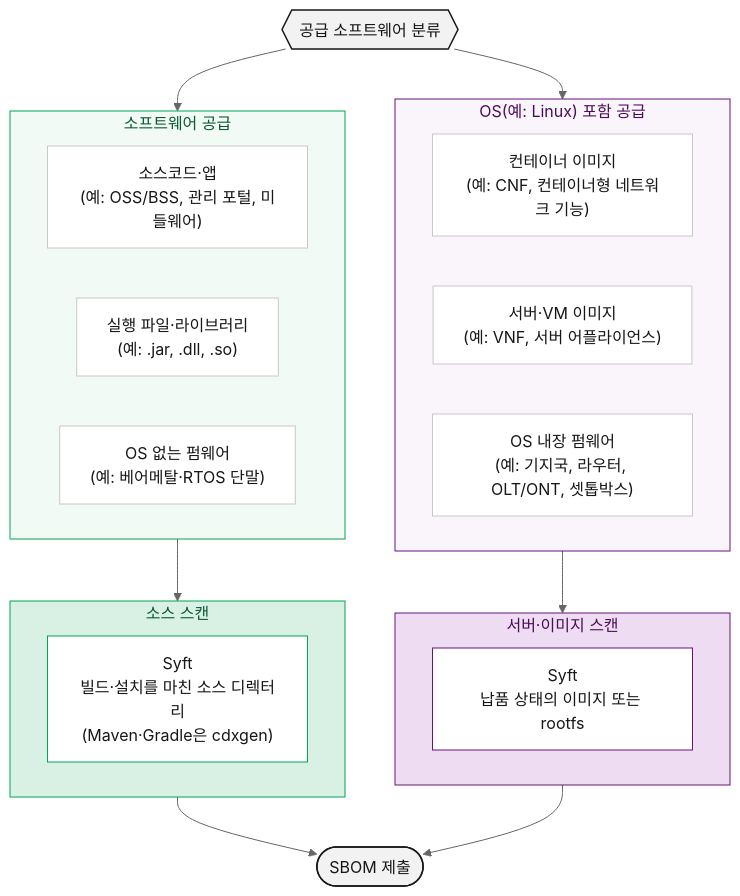
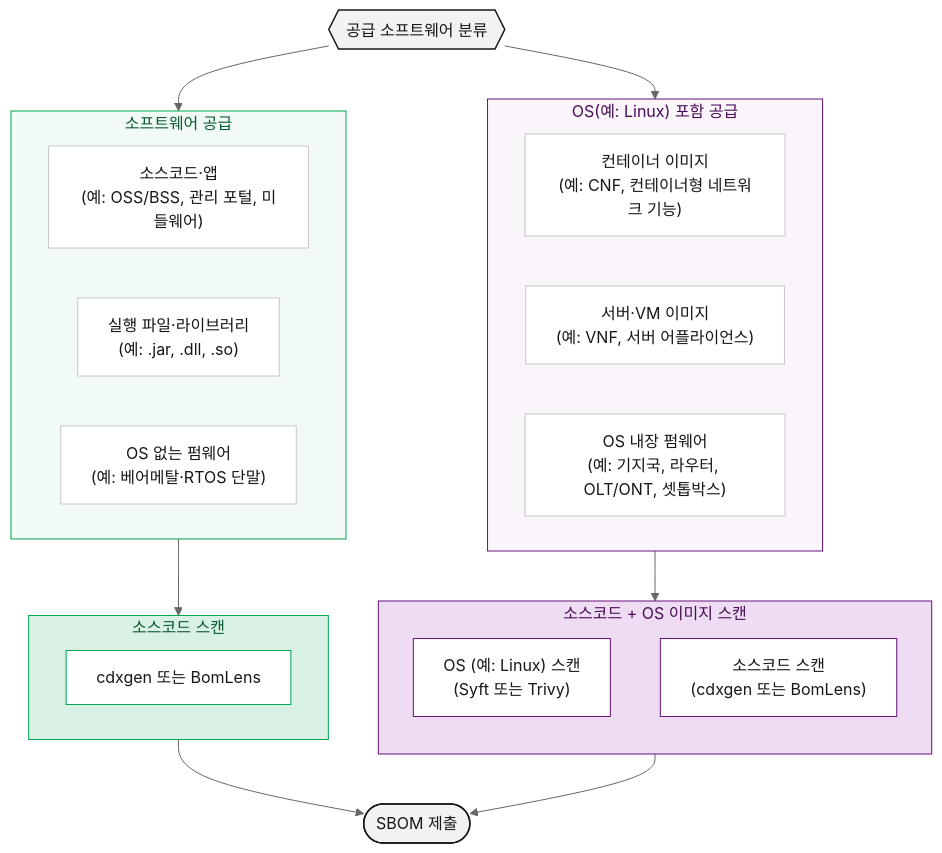
Before and after one commit to sktelecom/sktelecom.github.io: the diagram in content/ko/guide/supply-chain/for-suppliers/creation-guide/_index.md, drawn with Mermaid (neutral theme). The commit also changed other lines of this file and 1 other file, not shown here.

````diff
--- a/content/ko/guide/supply-chain/for-suppliers/creation-guide/_index.md
+++ b/content/ko/guide/supply-chain/for-suppliers/creation-guide/_index.md
@@ -14,61 +14,63 @@
 ```mermaid
 graph TD
     A{{"공급 소프트웨어 분류"}}
 
     subgraph G1["소프트웨어 공급"]
       direction LR
       T1["소스코드·앱<br>(예: OSS/BSS, 관리 포털, 미들웨어)"]
       T2["실행 파일·라이브러리<br>(예: .jar, .dll, .so)"]
       T3["OS 없는 펌웨어<br>(예: 베어메탈·RTOS 단말)"]
     end
 
     subgraph G2["OS(예: Linux) 포함 공급"]
       direction LR
       T4["컨테이너 이미지<br>(예: CNF, 컨테이너형 네트워크 기능)"]
       T5["서버·VM 이미지<br>(예: VNF, 서버 어플라이언스)"]
       T6["OS 내장 펌웨어<br>(예: 기지국, 라우터, OLT/ONT, 셋톱박스)"]
     end
 
-    %% 좌측: 소스 스캔 서브 박스 구조
-    subgraph M1["소스 스캔"]
-      M1_Sub["Syft<br>빌드·설치를 마친 소스 디렉터리<br>(Maven·Gradle은 cdxgen)"]
+    %% 좌측: 소스코드 스캔 서브 박스 구조
+    subgraph M1["소스코드 스캔"]
+      M1_Sub["cdxgen 또는 BomLens"]
     end
 
-    %% 우측: 서버·이미지 스캔 서브 박스 구조
-    subgraph M2["서버·이미지 스캔"]
-      M2_Sub["Syft<br>납품 상태의 이미지 또는 rootfs"]
+    %% 우측: 소스코드 + OS 이미지 스캔 서브 박스 구조 (세로 배치)
+    subgraph M2["소스코드 + OS 이미지 스캔"]
+      direction TB
+      M2_Top["OS (예: Linux) 스캔<br>(Syft 또는 Trivy)"]
+      M2_Bottom["소스코드 스캔<br>(cdxgen 또는 BomLens)"]
     end
 
     A --> G1
     A --> G2
     
     %% 그룹 박스 경계로만 연결 (박스당 화살표 1개)
     G1 --> M1
     G2 --> M2
     
     %% 그룹 박스에서 다음 단계로 연결
     M1 --> P(["SBOM 제출"])
     M2 --> P
 
     classDef start fill:#F2F2F2,stroke:#171717,color:#171717,stroke-width:1.5px
     classDef typebox fill:#ffffff,stroke:#c8c8c8,color:#171717,stroke-width:1px
     classDef submit fill:#F2F2F2,stroke:#171717,color:#171717,stroke-width:1.5px
     
     %% 내부 단일 박스용 흰색 스타일 정의 (좌/우 테두리 색상 구분)
     classDef subwhite_left fill:#ffffff,stroke:#00A651,color:#171717,stroke-width:1px
     classDef subwhite_right fill:#ffffff,stroke:#68127A,color:#171717,stroke-width:1px
 
     class A start
     class T1,T2,T3,T4,T5,T6 typebox
     class M1_Sub subwhite_left
-    class M2_Sub subwhite_right
+    class M2_Top,M2_Bottom subwhite_right
     class P submit
 
     style G1 fill:#F1FAF5,stroke:#00A651,stroke-width:1px,color:#0A5A32
     style G2 fill:#FAF4FB,stroke:#68127A,stroke-width:1px,color:#4A0D57
     
     %% 외곽 박스 스타일 (배경색 및 테두리 유지)
     style M1 fill:#D9F0E4,stroke:#00A651,stroke-width:1px,color:#0A5A32
     style M2 fill:#EEDCF3,stroke:#68127A,stroke-width:1px,color:#4A0D57
 
 ```
````
